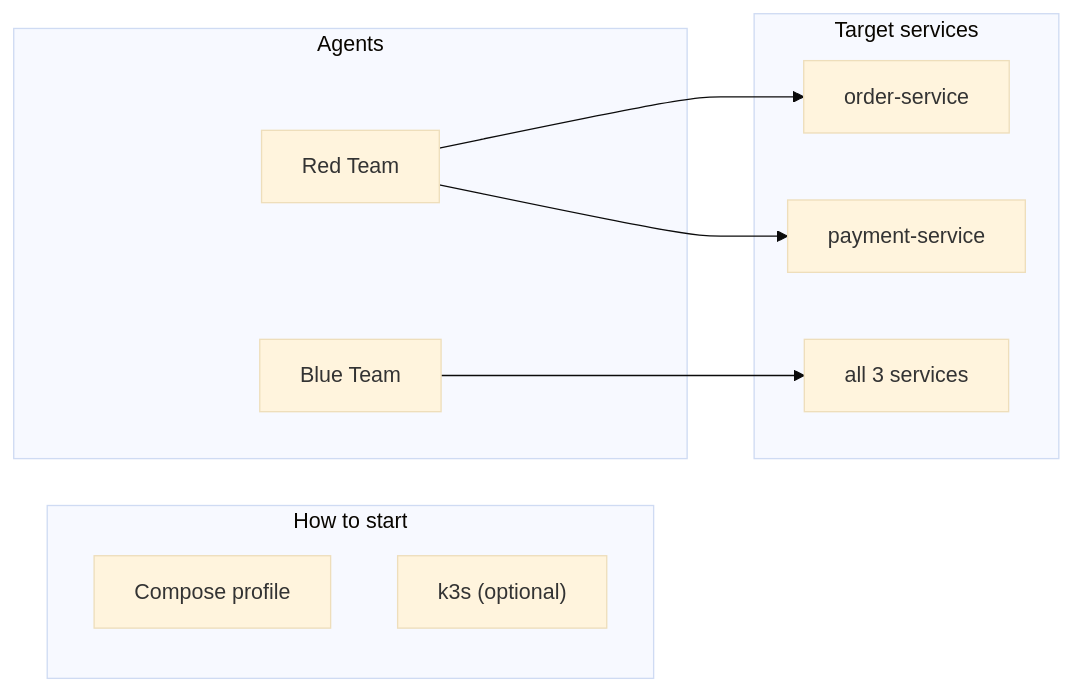
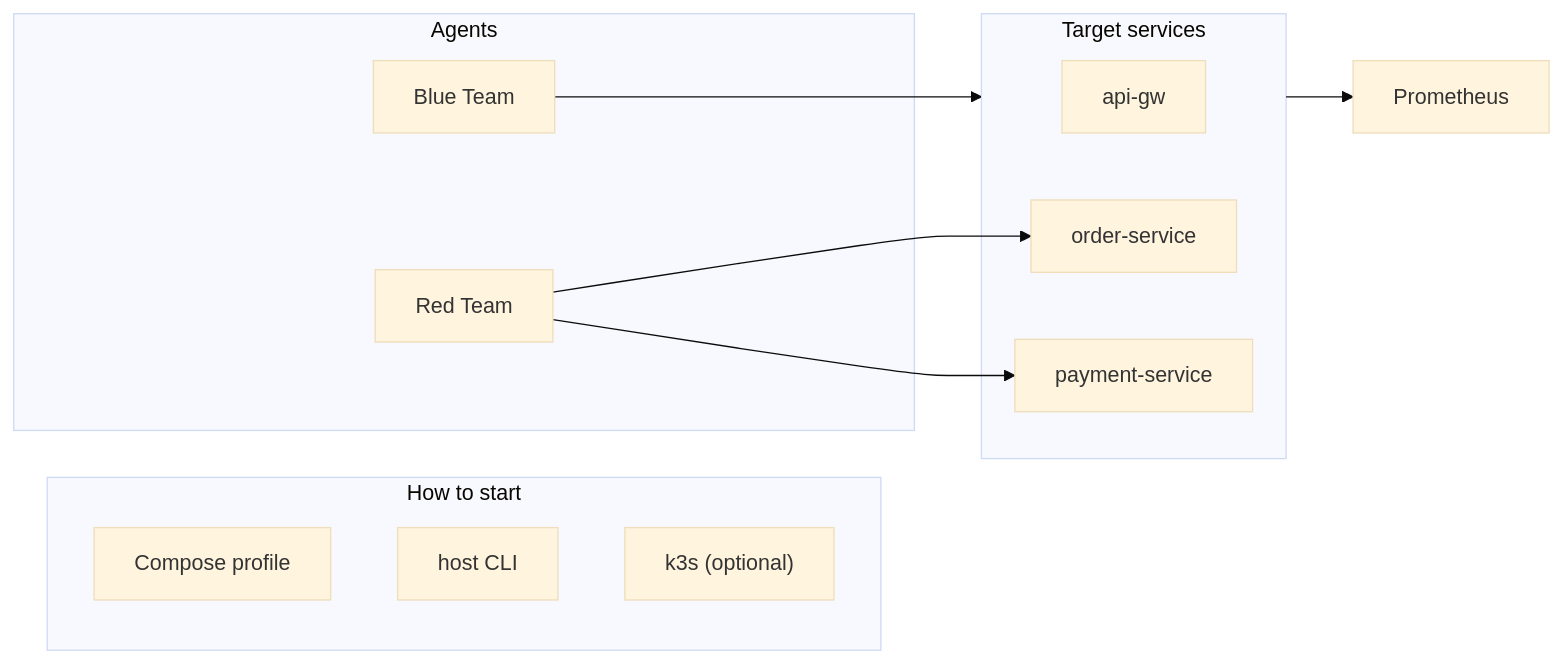
One commit to ritvikindupuri/ResilienceOps changed the diagram in docs/sandbox_architecture.mmd. Above: the diagram before and after it, drawn with Mermaid. The commit also changed 10 other files, not shown here.

```diff
--- a/docs/sandbox_architecture.mmd
+++ b/docs/sandbox_architecture.mmd
@@ -1,18 +1,21 @@
 %%{init: { "theme": "base", "flowchart": { "curve": "basis" } }}%%
 flowchart LR
   subgraph start ["How to start"]
     COMPOSE["Compose profile"]
+    CLI["host CLI"]
     K3S["k3s (optional)"]
   end
   subgraph agents ["Agents"]
     RED[Red Team]
     BLUE[Blue Team]
   end
   subgraph targets ["Target services"]
+    GW[api-gw]
     OS[order-service]
     PS[payment-service]
-    ALL[all 3 services]
   end
+  PROM[Prometheus]
   RED --> OS
   RED --> PS
-  BLUE --> ALL
+  BLUE --> targets
+  targets --> PROM
```
